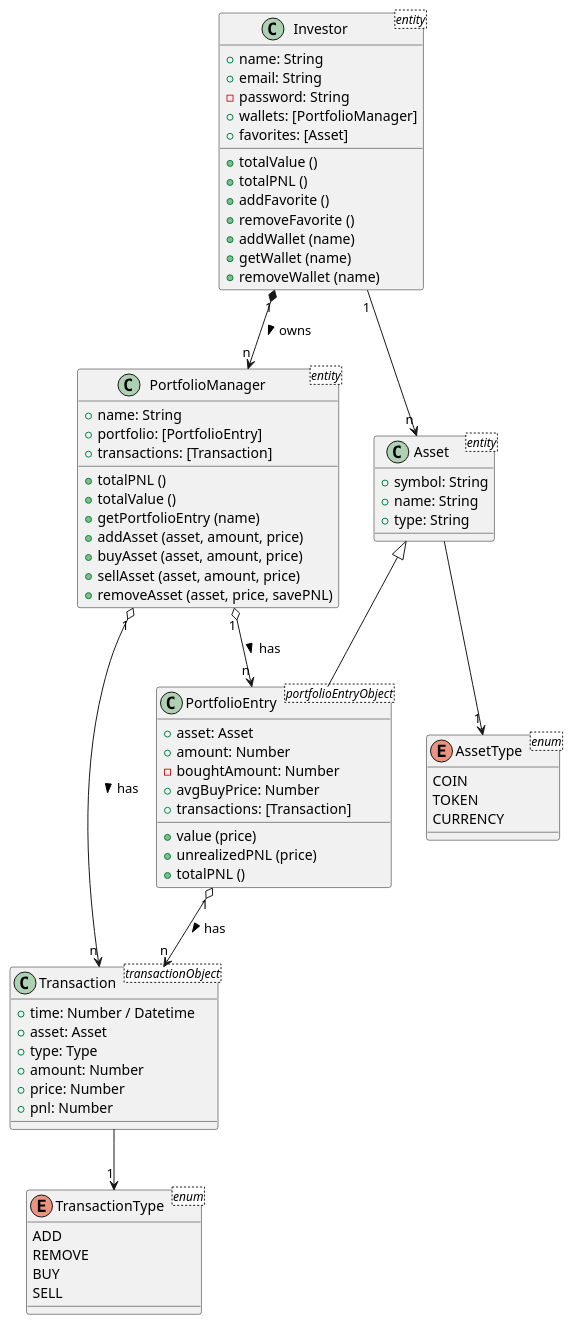
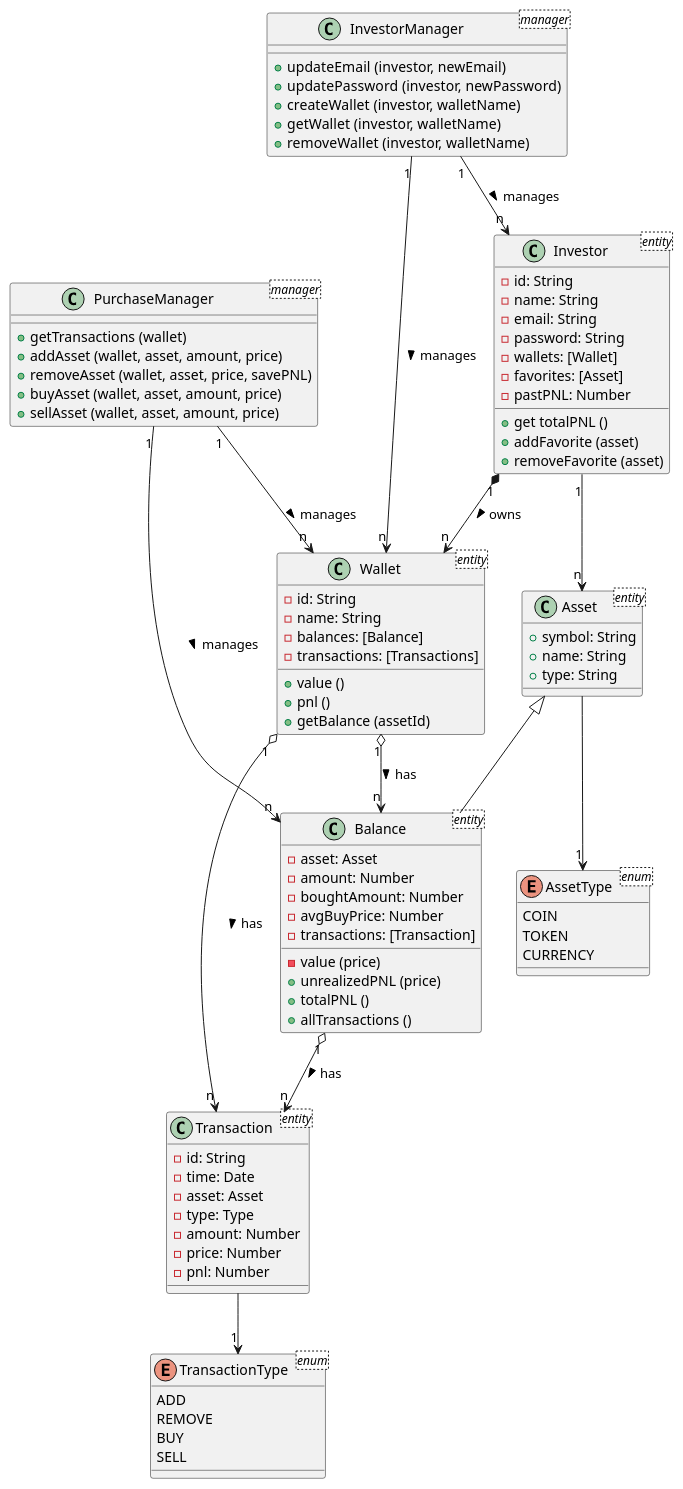
One commit to urtuba/spot-portfolio-tracker changed the diagram in class_diagram/class-diagram.puml. Above: the diagram before and after it, drawn with PlantUML. The commit also changed 1 other file, not shown here.

Commit message:
Update class diagram

```diff
--- a/class_diagram/class-diagram.puml
+++ b/class_diagram/class-diagram.puml
@@ -1,79 +1,97 @@
 @startuml ClassDiagram
 
-class Investor <entity>{
-    + name: String
-    + email: String
-    - password: String
-    + wallets: [PortfolioManager]
-    + favorites: [Asset]
-    + totalValue ()
-    + totalPNL ()
-    + addFavorite ()
-    + removeFavorite ()
-    + addWallet (name)
-    + getWallet (name)
-    + removeWallet (name)
+class InvestorManager <manager> {
+    + updateEmail (investor, newEmail)
+    + updatePassword (investor, newPassword)
+    + createWallet (investor, walletName)
+    + getWallet (investor, walletName)
+    + removeWallet (investor, walletName)
 }
 
-class PortfolioManager <entity> {
-    + name: String
-    + portfolio: [PortfolioEntry]
-    + transactions: [Transaction]
-    + totalPNL ()
-    + totalValue ()
-    + getPortfolioEntry (name)
-    + addAsset (asset, amount, price)
-    + buyAsset (asset, amount, price)
-    + sellAsset (asset, amount, price)
-    + removeAsset (asset, price, savePNL)
+class PurchaseManager <manager> {
+    + getTransactions (wallet)
+    + addAsset (wallet, asset, amount, price)
+    + removeAsset (wallet, asset, price, savePNL)
+    + buyAsset (wallet, asset, amount, price)
+    + sellAsset (wallet, asset, amount, price)
+}
+
+class Investor <entity>{
+    - id: String
+    - name: String
+    - email: String
+    - password: String
+    - wallets: [Wallet]
+    - favorites: [Asset]
+    - pastPNL: Number
+    + get totalPNL ()
+    + addFavorite (asset)
+    + removeFavorite (asset)
 }
 
 class Asset <entity> {
     + symbol: String
     + name: String
     + type: String
 }
 
-class PortfolioEntry <portfolioEntryObject> {
-    + asset: Asset
-    + amount: Number
+class Balance <entity> {
+    - asset: Asset
+    - amount: Number
     - boughtAmount: Number
-    + avgBuyPrice: Number
-    + transactions: [Transaction]
-    + value (price)
+    - avgBuyPrice: Number
+    - transactions: [Transaction]
+    - value (price)
     + unrealizedPNL (price)
     + totalPNL ()
+    + allTransactions ()
 }
 
-class Transaction <transactionObject> {
-    + time: Number / Datetime
-    + asset: Asset
-    + type: Type
-    + amount: Number
-    + price: Number
-    + pnl: Number
+class Transaction <entity> {
+    - id: String
+    - time: Date
+    - asset: Asset
+    - type: Type
+    - amount: Number
+    - price: Number
+    - pnl: Number
+}
+
+class Wallet <entity> {
+    - id: String
+    - name: String
+    - balances: [Balance]
+    - transactions: [Transactions]
+    + value ()
+    + pnl ()
+    + getBalance (assetId)
 }
 
 enum AssetType <enum> {
     COIN
     TOKEN
     CURRENCY
 }
 
 enum TransactionType <enum> {
     ADD
     REMOVE
     BUY
     SELL
 }
 
-PortfolioManager "n" <-UP-* "1" Investor: owns <
-Asset <|-- PortfolioEntry
-PortfolioEntry "1" o--> "n" Transaction: has >
-PortfolioManager "1" o--> "n" Transaction: has >
-PortfolioManager "1" o--> "n" PortfolioEntry: has >
+Wallet "n" <-UP-* "1" Investor: owns <
+Asset <|-- Balance
+Balance "1" o--> "n" Transaction: has >
+Wallet "1" o--> "n" Transaction: has >
+Wallet "1" o--> "n" Balance: has >
 Asset  --> "1" AssetType
 Transaction --> "1" TransactionType
 Investor "1" --> "n" Asset
 
+InvestorManager "1" --> "n" Investor: manages >
+InvestorManager "1" --> "n" Wallet: manages >
+PurchaseManager "1" --> "n" Wallet: manages >
+PurchaseManager "1" --> "n" Balance: manages >
+
 @enduml
```
